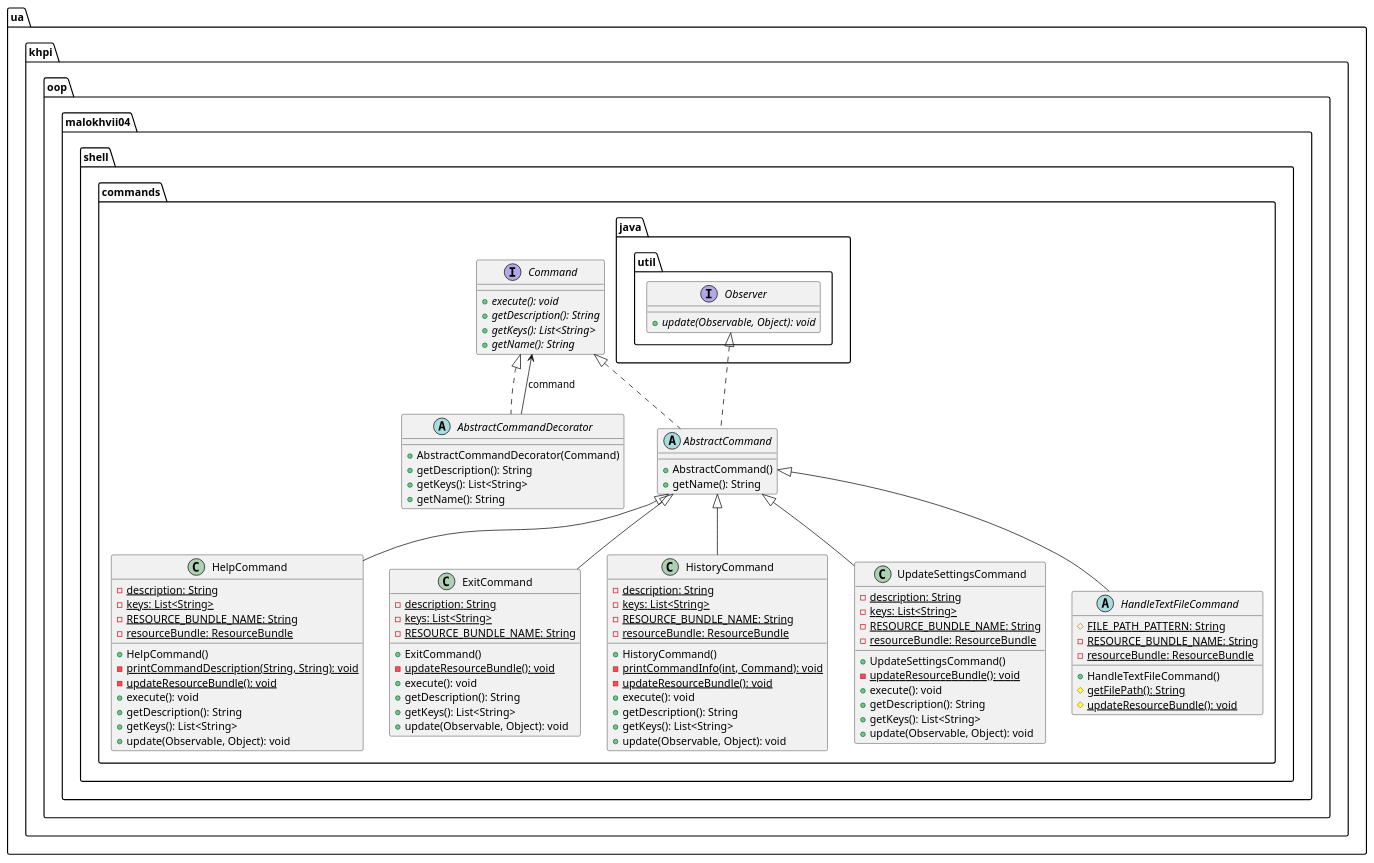
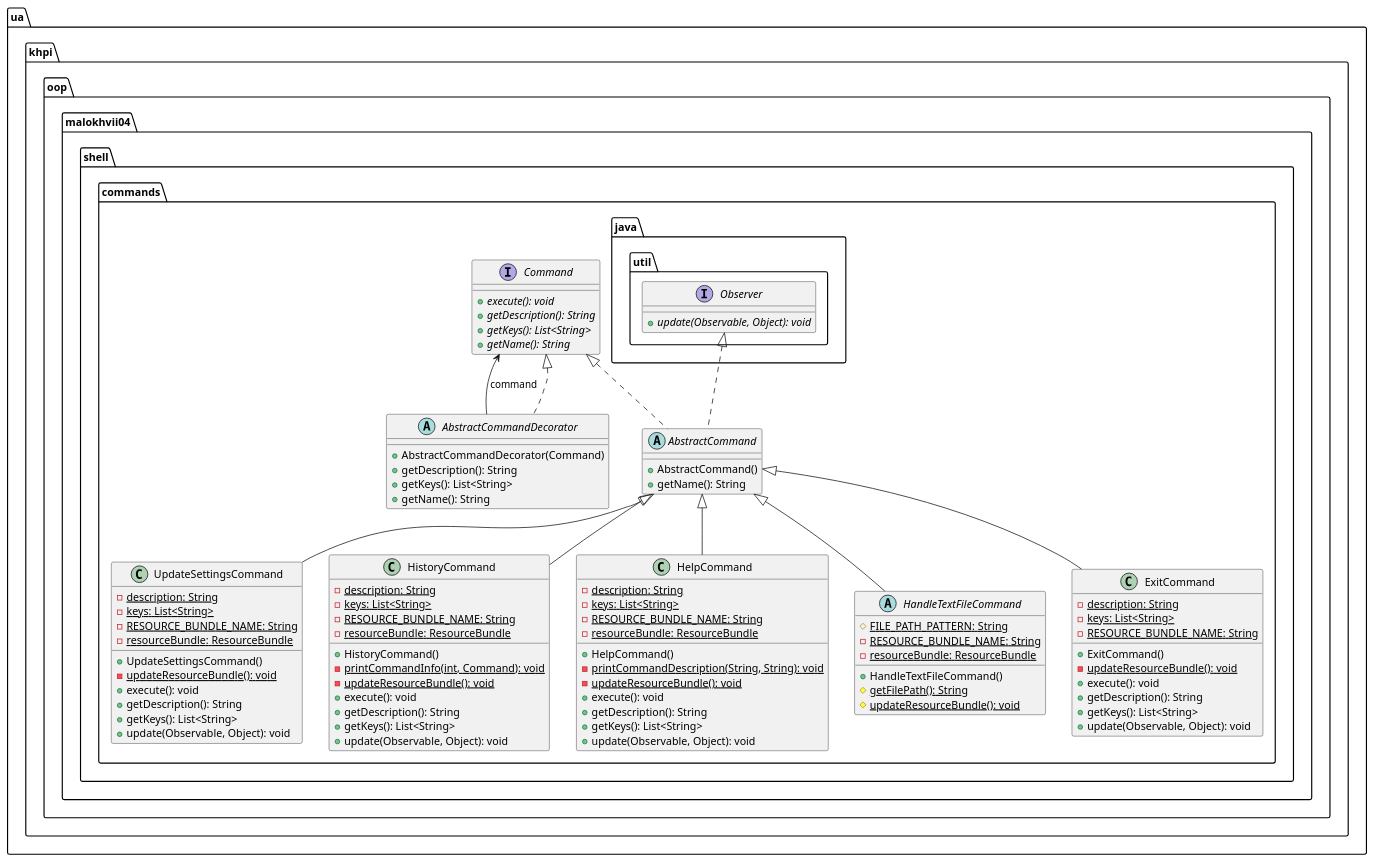
One commit to P-Kalin/kit26a changed the diagram in malokhvii-eduard/malokhvii04/doc/plantuml/ua/khpi/oop/malokhvii04/shell/commands/package.puml. Above: the diagram before and after it, drawn with PlantUML. The commit also changed other lines of this file and 34 other files, not shown here.

Commit message:
#3 malokhvii04: update graphs

```diff
--- a/malokhvii-eduard/malokhvii04/doc/plantuml/ua/khpi/oop/malokhvii04/shell/commands/package.puml
+++ b/malokhvii-eduard/malokhvii04/doc/plantuml/ua/khpi/oop/malokhvii04/shell/commands/package.puml
@@ -1,109 +1,109 @@
 @startuml
 
     namespace ua.khpi.oop.malokhvii04.shell.commands {
 
-        interface Command {
-            {abstract} +execute(): void
-            {abstract} +getDescription(): String
-            {abstract} +getKeys(): List<String>
-            {abstract} +getName(): String
+        class UpdateSettingsCommand {
+            {static} -description: String
+            {static} -keys: List<String>
+            {static} -RESOURCE_BUNDLE_NAME: String
+            {static} -resourceBundle: ResourceBundle
+            +UpdateSettingsCommand()
+            {static} -updateResourceBundle(): void
+            +execute(): void
+            +getDescription(): String
+            +getKeys(): List<String>
+            +update(Observable, Object): void
+        }
+
+        class HistoryCommand {
+            {static} -description: String
+            {static} -keys: List<String>
+            {static} -RESOURCE_BUNDLE_NAME: String
+            {static} -resourceBundle: ResourceBundle
+            +HistoryCommand()
+            {static} -printCommandInfo(int, Command): void
+            {static} -updateResourceBundle(): void
+            +execute(): void
+            +getDescription(): String
+            +getKeys(): List<String>
+            +update(Observable, Object): void
         }
 
         class HelpCommand {
             {static} -description: String
             {static} -keys: List<String>
             {static} -RESOURCE_BUNDLE_NAME: String
             {static} -resourceBundle: ResourceBundle
             +HelpCommand()
             {static} -printCommandDescription(String, String): void
             {static} -updateResourceBundle(): void
             +execute(): void
             +getDescription(): String
             +getKeys(): List<String>
             +update(Observable, Object): void
         }
 
+        abstract class HandleTextFileCommand {
+            {static} #FILE_PATH_PATTERN: String
+            {static} -RESOURCE_BUNDLE_NAME: String
+            {static} -resourceBundle: ResourceBundle
+            +HandleTextFileCommand()
+            {static} #getFilePath(): String
+            {static} #updateResourceBundle(): void
+        }
+
         class ExitCommand {
             {static} -description: String
             {static} -keys: List<String>
             {static} -RESOURCE_BUNDLE_NAME: String
             +ExitCommand()
             {static} -updateResourceBundle(): void
             +execute(): void
             +getDescription(): String
             +getKeys(): List<String>
             +update(Observable, Object): void
         }
 
-        abstract class AbstractCommand {
-            +AbstractCommand()
-            +getName(): String
-        }
-
-        class HistoryCommand {
-            {static} -description: String
-            {static} -keys: List<String>
-            {static} -RESOURCE_BUNDLE_NAME: String
-            {static} -resourceBundle: ResourceBundle
-            +HistoryCommand()
-            {static} -printCommandInfo(int, Command): void
-            {static} -updateResourceBundle(): void
-            +execute(): void
-            +getDescription(): String
-            +getKeys(): List<String>
-            +update(Observable, Object): void
-        }
-
-        class UpdateSettingsCommand {
-            {static} -description: String
-            {static} -keys: List<String>
-            {static} -RESOURCE_BUNDLE_NAME: String
-            {static} -resourceBundle: ResourceBundle
-            +UpdateSettingsCommand()
-            {static} -updateResourceBundle(): void
-            +execute(): void
-            +getDescription(): String
-            +getKeys(): List<String>
-            +update(Observable, Object): void
-        }
-
-        abstract class HandleTextFileCommand {
-            {static} #FILE_PATH_PATTERN: String
-            {static} -RESOURCE_BUNDLE_NAME: String
-            {static} -resourceBundle: ResourceBundle
-            +HandleTextFileCommand()
-            {static} #getFilePath(): String
-            {static} #updateResourceBundle(): void
+        interface Command {
+            {abstract} +execute(): void
+            {abstract} +getDescription(): String
+            {abstract} +getKeys(): List<String>
+            {abstract} +getName(): String
         }
 
         abstract class AbstractCommandDecorator {
             +AbstractCommandDecorator(Command)
             +getDescription(): String
             +getKeys(): List<String>
             +getName(): String
         }
 
+        abstract class AbstractCommand {
+            +AbstractCommand()
+            +getName(): String
+        }
+
+        AbstractCommand <|-- UpdateSettingsCommand
+
+        AbstractCommand <|-- HistoryCommand
+
         AbstractCommand <|-- HelpCommand
 
+        AbstractCommand <|-- HandleTextFileCommand
+
         AbstractCommand <|-- ExitCommand
+
+        Command <|.. AbstractCommandDecorator
 
         Command <|.. AbstractCommand
 
         interface java.util.Observer {
             {abstract} +update(Observable, Object): void
         }
         java.util.Observer <|.. AbstractCommand
 
-        AbstractCommand <|-- HistoryCommand
-
-        AbstractCommand <|-- UpdateSettingsCommand
-
-        AbstractCommand <|-- HandleTextFileCommand
-
-        Command <|.. AbstractCommandDecorator
-
         AbstractCommandDecorator --> Command: command
 
     }
 
 @enduml
```
